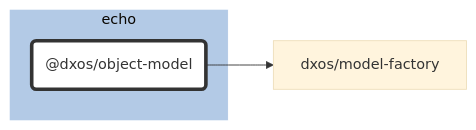
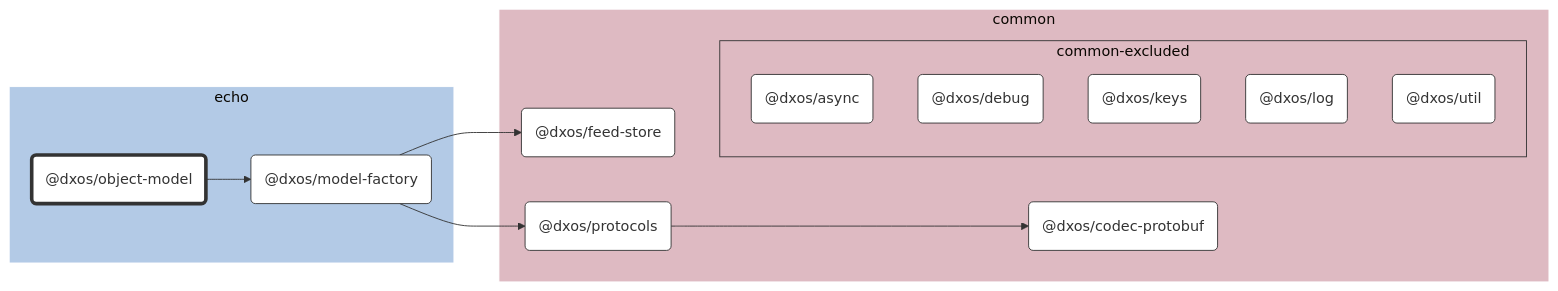
Before and after one commit to dxos/dxos: the diagram in packages/echo/object-model/docs/README.md, drawn with Mermaid (base theme). The commit also changed 69 other files, not shown here.

````diff
--- a/packages/echo/object-model/docs/README.md
+++ b/packages/echo/object-model/docs/README.md
@@ -7,21 +7,50 @@
 ```mermaid
 %%{ init: {'flowchart':{'curve':'basis'}} }%%
 
 flowchart LR
 
 %% Classes
 classDef def fill:#fff,stroke:#333,stroke-width:1px
 classDef root fill:#fff,stroke:#333,stroke-width:4px
 
 %% Nodes
 
 subgraph echo [echo]
   style echo fill:#b3cae6,stroke:#fff
   dxos/object-model("@dxos/object-model"):::root
   click dxos/object-model "dxos/dxos/tree/main/packages/echo/object-model/docs"
+  dxos/model-factory("@dxos/model-factory"):::def
+  click dxos/model-factory "dxos/dxos/tree/main/packages/echo/model-factory/docs"
+end
+
+subgraph common [common]
+  style common fill:#debac2,stroke:#fff
+  dxos/codec-protobuf("@dxos/codec-protobuf"):::def
+  click dxos/codec-protobuf "dxos/dxos/tree/main/packages/common/codec-protobuf/docs"
+  dxos/feed-store("@dxos/feed-store"):::def
+  click dxos/feed-store "dxos/dxos/tree/main/packages/common/feed-store/docs"
+  dxos/protocols("@dxos/protocols"):::def
+  click dxos/protocols "dxos/dxos/tree/main/packages/common/protocols/docs"
+
+  subgraph common-excluded [common-excluded]
+    style common-excluded fill:#debac2,stroke:#333,stroke-dashed:5 5
+    dxos/async("@dxos/async"):::def
+    click dxos/async "dxos/dxos/tree/main/packages/common/async/docs"
+    dxos/debug("@dxos/debug"):::def
+    click dxos/debug "dxos/dxos/tree/main/packages/common/debug/docs"
+    dxos/keys("@dxos/keys"):::def
+    click dxos/keys "dxos/dxos/tree/main/packages/common/keys/docs"
+    dxos/log("@dxos/log"):::def
+    click dxos/log "dxos/dxos/tree/main/packages/common/log/docs"
+    dxos/util("@dxos/util"):::def
+    click dxos/util "dxos/dxos/tree/main/packages/common/util/docs"
+  end
 end
 
 %% Links
 linkStyle default stroke:#333,stroke-width:1px
 dxos/object-model --> dxos/model-factory
+dxos/model-factory --> dxos/feed-store
+dxos/model-factory --> dxos/protocols
+dxos/protocols --> dxos/codec-protobuf
 ```
````
